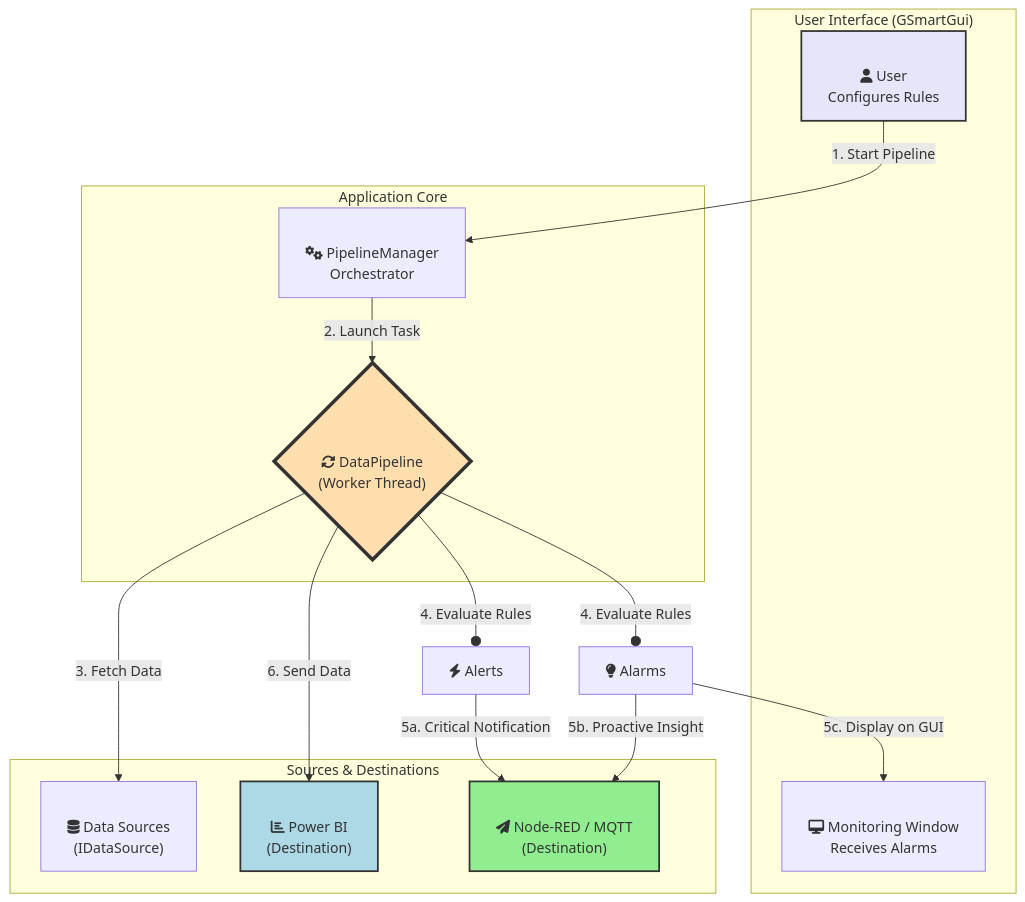
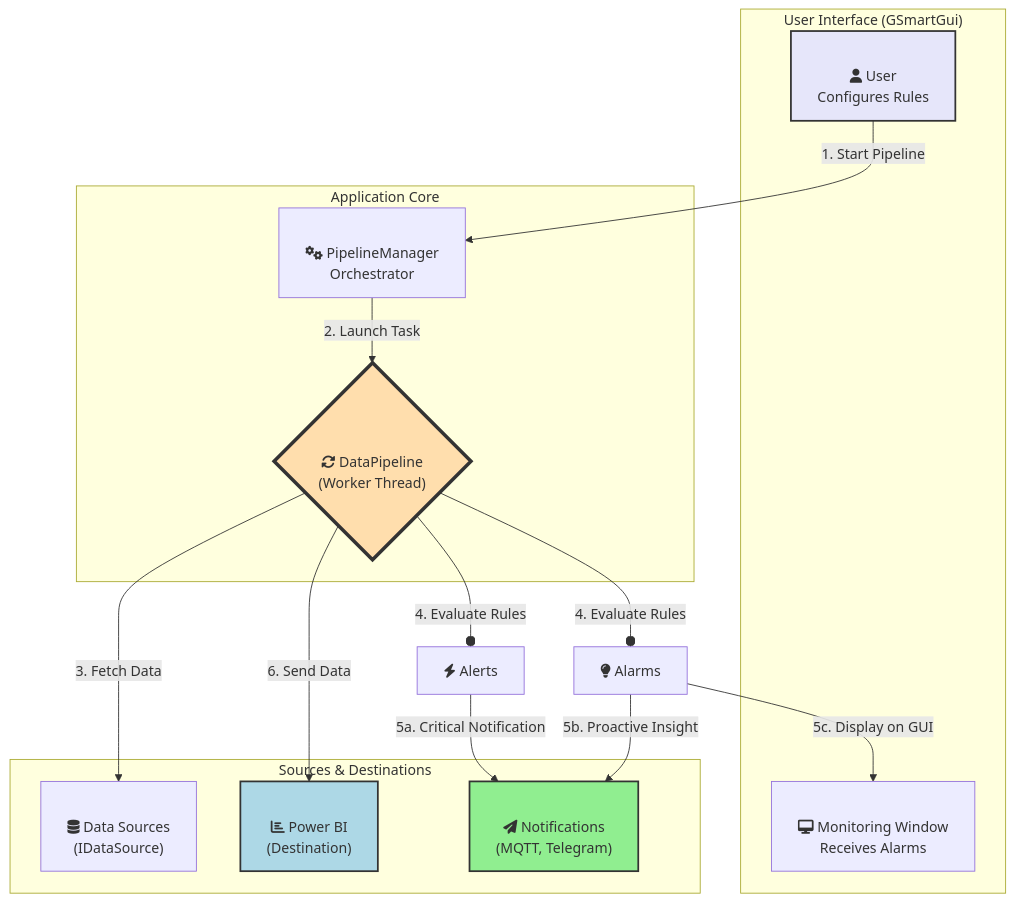
One commit to DCF-2/GSmart changed the diagram in README.md. Above: the diagram before and after it, drawn with Mermaid. The commit also changed other lines of this file and 61 other files, not shown here.

````diff
--- a/README.md
+++ b/README.md
@@ -36,34 +36,34 @@
 ```mermaid
 graph TD
     subgraph "User Interface (GSmartGui)"
         A["<br>fa:fa-user User<br>Configures Rules"]
         F["<br>fa:fa-desktop Monitoring Window<br>Receives Alarms"]
     end
 
     subgraph "Application Core"
         B["<br>fa:fa-cogs PipelineManager<br>Orchestrator"]
         C{"<br>fa:fa-sync-alt DataPipeline<br>(Worker Thread)"}
     end
 
     subgraph "Sources & Destinations"
         D["<br>fa:fa-database Data Sources<br>(IDataSource)"]
         H["<br>fa:fa-chart-bar Power BI<br>(Destination)"]
-        I["<br>fa:fa-paper-plane Node-RED / MQTT<br>(Destination)"]
+        I["<br>fa:fa-paper-plane Notifications<br>(MQTT, Telegram)"]
     end
 
     %% Flow
     A -- "1. Start Pipeline" --> B
     B -- "2. Launch Task" --> C
     C -- "3. Fetch Data" --> D
     C -- "4. Evaluate Rules" --o E1["fa:fa-bolt Alerts"] & E2["fa:fa-lightbulb Alarms"]
     E1 -- "5a. Critical Notification" --> I
     E2 -- "5b. Proactive Insight" --> I
     E2 -- "5c. Display on GUI" --> F
     C -- "6. Send Data" --> H
 
     %% Styles
     style C fill:#ffdead,stroke:#333,stroke-width:4px
     style A fill:#e6e6fa,stroke:#333,stroke-width:2px
     style H fill:#add8e6,stroke:#333,stroke-width:2px
     style I fill:#90ee90,stroke:#333,stroke-width:2px 
    ``` 
````
